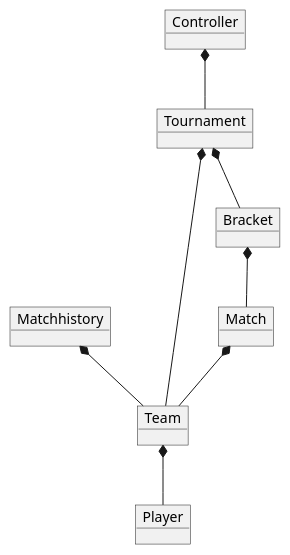
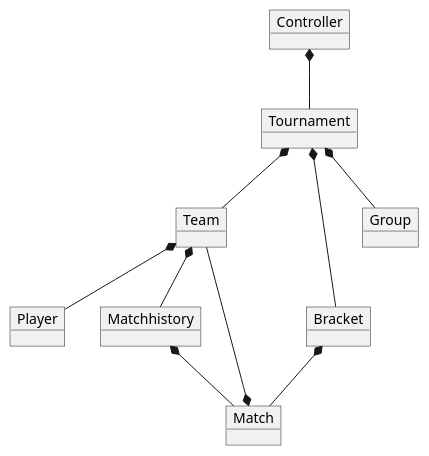
Before and after one commit to coerth/Opgaver: the diagram in SP3/Tournament/out/production/Tournament/Domain diagram.puml, drawn with PlantUML. The commit also changed 63 other files, not shown here.

```diff
--- a/SP3/Tournament/out/production/Tournament/Domain diagram.puml
+++ b/SP3/Tournament/out/production/Tournament/Domain diagram.puml
@@ -1,18 +1,21 @@
 @startuml
 object Tournament
 object Player
 object Team
 object Match
 object Bracket
 object Controller
 object Matchhistory
+object Group
 
 Controller *-- Tournament
 Tournament *-- Team
 Tournament *-- Bracket
+Tournament *-- Group
 Bracket *-- Match
-Matchhistory *-- Team
+Team *-- Matchhistory
 Match *-- Team
 Team *-- Player
+Matchhistory *-- Match
 
 @enduml
```
